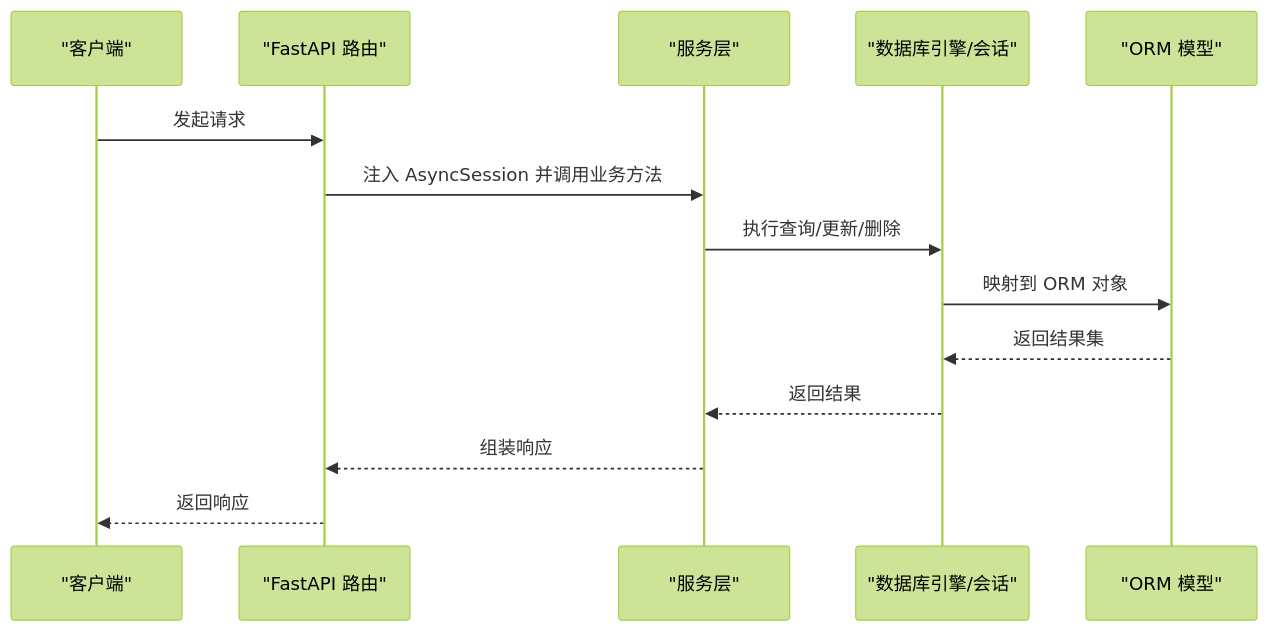
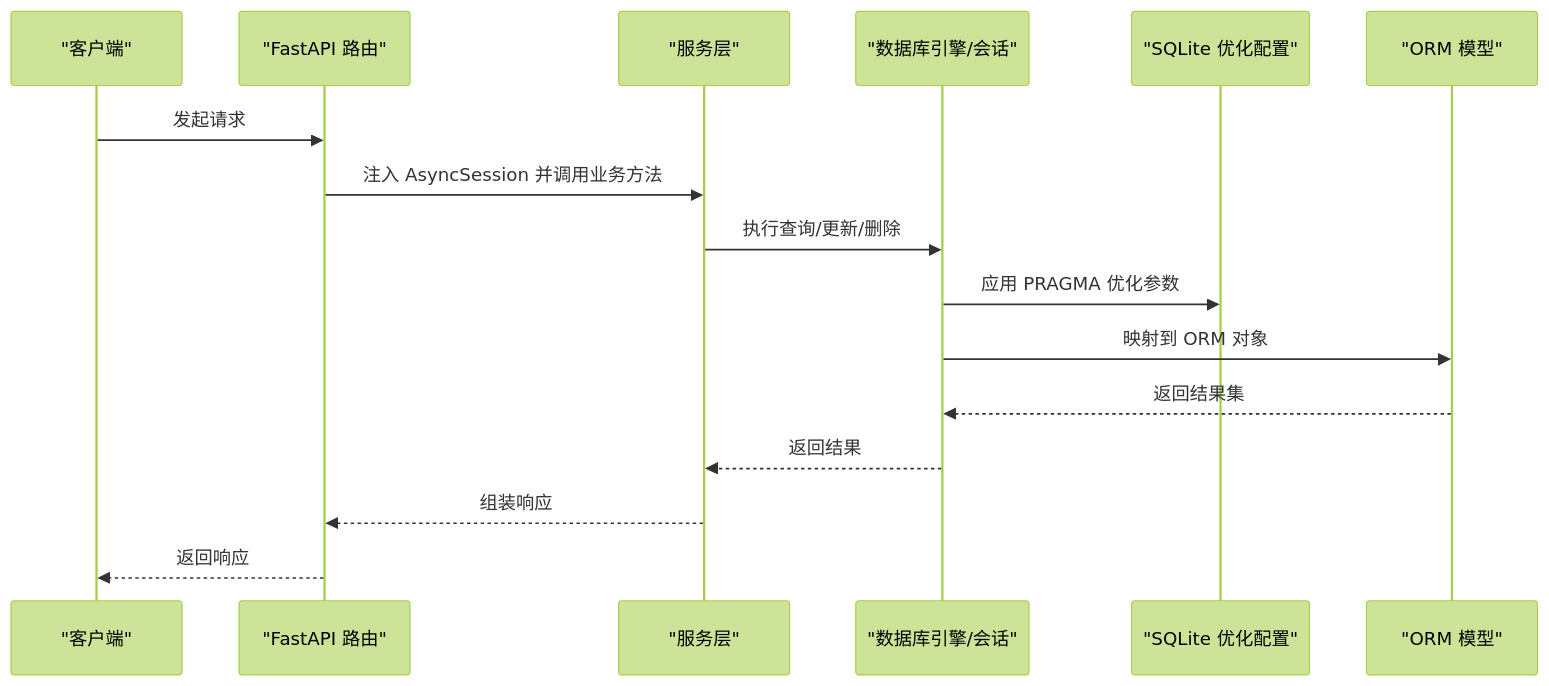
One commit to KunLabAI/KunFlix changed the second of 7 diagrams in .qoder/repowiki/zh/content/数据库设计/数据库设计.md. Above: the diagram before and after it, drawn with Mermaid (forest theme). The commit also changed other lines of this file and 11 other files, not shown here.

````diff
--- a/.qoder/repowiki/zh/content/数据库设计/数据库设计.md
+++ b/.qoder/repowiki/zh/content/数据库设计/数据库设计.md
@@ -196,16 +207,18 @@
 ```mermaid
 sequenceDiagram
 participant Client as "客户端"
 participant Router as "FastAPI 路由"
 participant Service as "服务层"
 participant DB as "数据库引擎/会话"
+participant SQLiteOpt as "SQLite 优化配置"
 participant Model as "ORM 模型"
 Client->>Router : 发起请求
 Router->>Service : 注入 AsyncSession 并调用业务方法
 Service->>DB : 执行查询/更新/删除
+DB->>SQLiteOpt : 应用 PRAGMA 优化参数
 DB->>Model : 映射到 ORM 对象
 Model-->>DB : 返回结果集
 DB-->>Service : 返回结果
 Service-->>Router : 组装响应
 Router-->>Client : 返回响应
 ```
````
